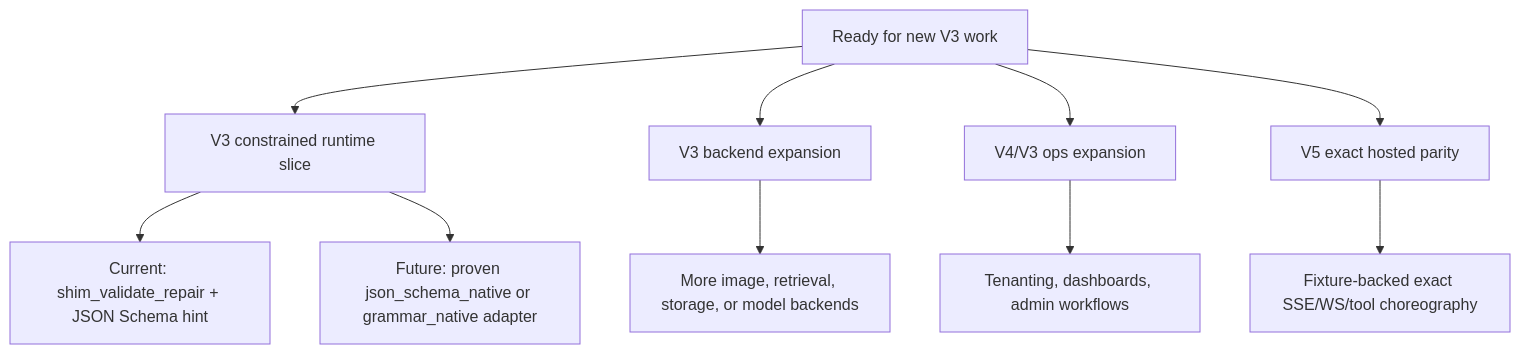
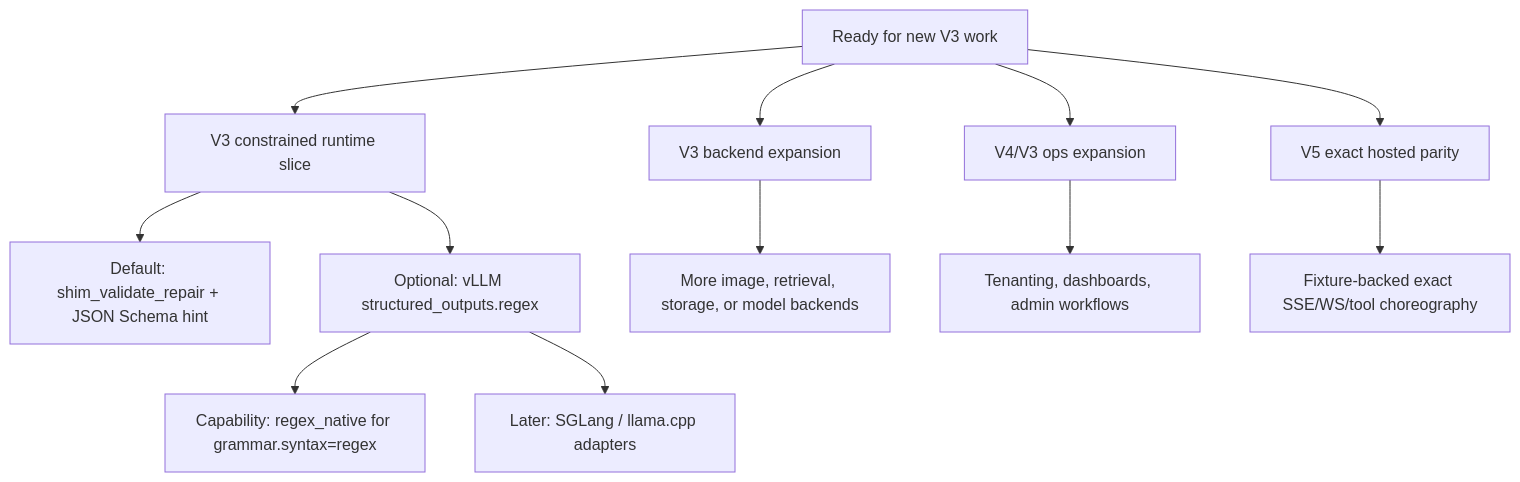
Before and after one commit to avelrl/llama_shim: diagram 25 of 25 in docs/engineering/openai-api-choreography-atlas.md, drawn with Mermaid. The commit also changed other lines of this file and 19 other files, not shown here.

Commit message:
vLLM regex adapter

````diff
--- a/docs/engineering/openai-api-choreography-atlas.md
+++ b/docs/engineering/openai-api-choreography-atlas.md
@@ -937,19 +945,21 @@
 ```mermaid
 flowchart TB
   ready["Ready for new V3 work"]
   constrained["V3 constrained runtime slice"]
   backend["V3 backend expansion"]
   parity["V5 exact hosted parity"]
   ops["V4/V3 ops expansion"]
 
   ready --> constrained
   ready --> backend
   ready --> ops
   ready --> parity
 
-  constrained --> c0["Current: shim_validate_repair + JSON Schema hint"]
-  constrained --> c1["Future: proven json_schema_native or grammar_native adapter"]
+  constrained --> c0["Default: shim_validate_repair + JSON Schema hint"]
+  constrained --> c1["Optional: vLLM structured_outputs.regex"]
+  c1 --> c2["Capability: regex_native for grammar.syntax=regex"]
+  c1 --> c3["Later: SGLang / llama.cpp adapters"]
   backend --> b1["More image, retrieval, storage, or model backends"]
   ops --> o1["Tenanting, dashboards, admin workflows"]
   parity --> p1["Fixture-backed exact SSE/WS/tool choreography"]
 ```
````
